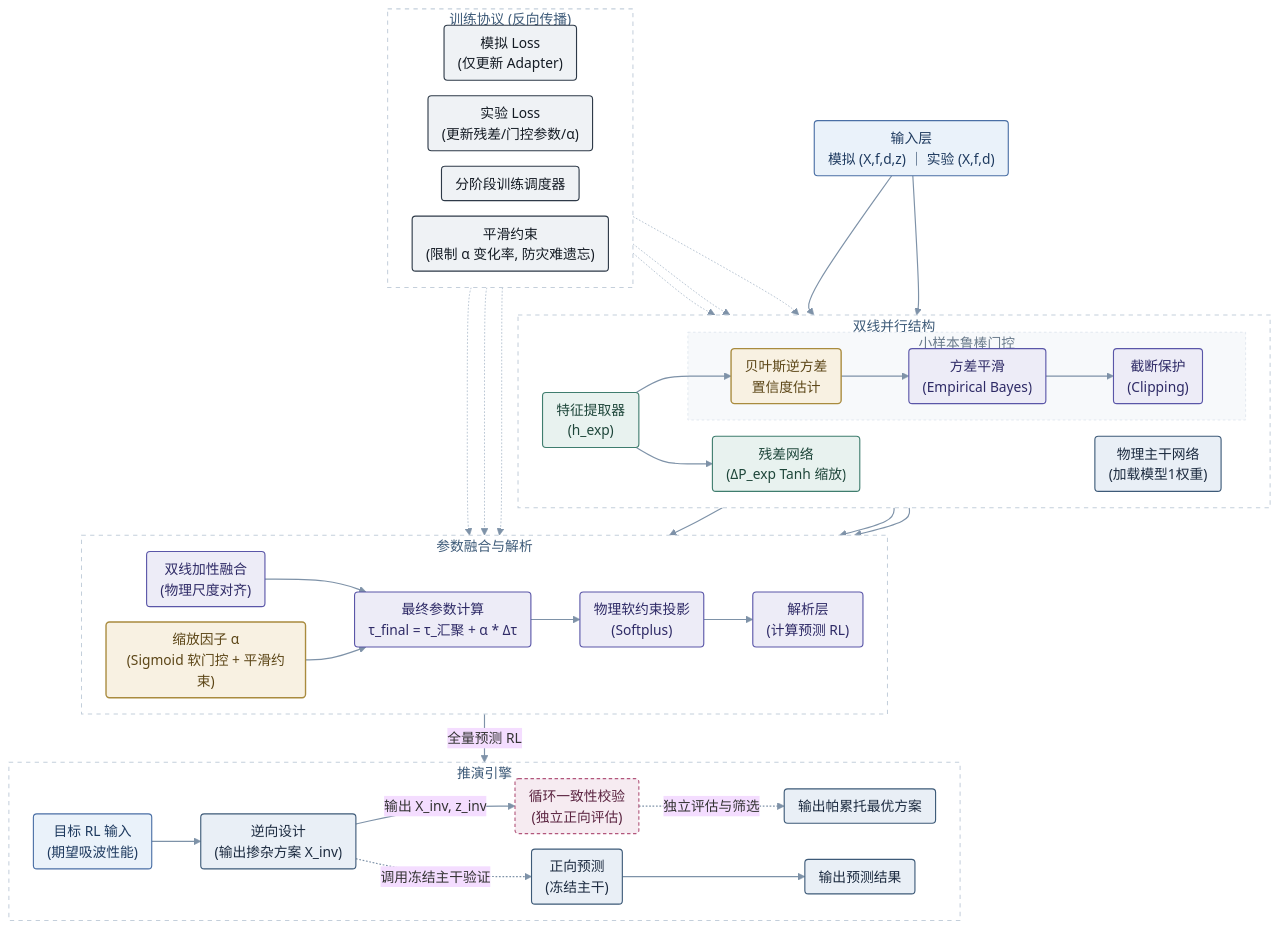
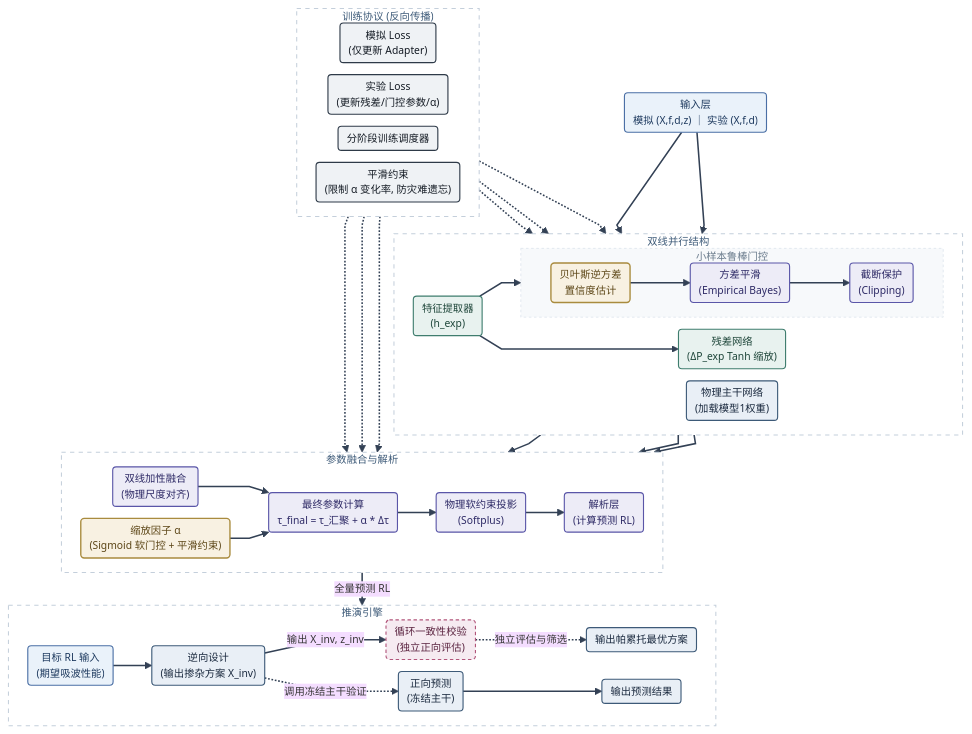
One commit to JasminePhy/iodraw-files changed the diagram in all/未命名.md. Above: the diagram before and after it, drawn with Mermaid.

Commit message:
2026-10-12 22:48:13 update

````diff
--- a/all/未命名.md
+++ b/all/未命名.md
@@ -1,8 +1,8 @@
 ```mermaid
-%%{init: {"theme":"base","flowchart":{"nodeSpacing":18,"rankSpacing":32,"padding":8,"curve":"basis","htmlLabels":true}} }%%
+%%{init: {"theme":"base","themeVariables":{"fontSize":"12px"},"flowchart":{"nodeSpacing":14,"rankSpacing":20,"padding":5,"curve":"linear","htmlLabels":true,"diagramPadding":4}} }%%
 %% Advanced Science 风格 · 四带紧凑版（含训练协议）
-%% 外层 TD 决定「带」的上下堆叠，每条带内部 direction LR 横向铺开。
-%% 宽度由最宽的一条带决定，不再随整条链增长。
+%% 紧凑三件套：fontSize 12px / padding 5 / nodeSpacing 14 + rankSpacing 20
+%% 线段：单一深色粗线，不做索引调色，避免 ioDraw 索引对不上反而刷错主线
 flowchart TD
 
     %% ===== 配色：冷色骨架承担数据通路，暖金标记门控，青绿标记实验支线 =====
@@ -25,6 +25,7 @@
         ExpRes["残差网络<br/>(ΔP_exp Tanh 缩放)"]:::expBox
 
         subgraph 门控模块 ["小样本鲁棒门控"]
+            direction LR
             BayesianGate["贝叶斯逆方差<br/>置信度估计"]:::routerBox
             Smoothing["方差平滑<br/>(Empirical Bayes)"]:::mathBox
             Clipping["截断保护<br/>(Clipping)"]:::mathBox
@@ -85,7 +86,7 @@
     SoftPhysProj --> Analytic
     Analytic -->|全量预测 RL| Forward
 
-    %% 训练虚线反馈（声明顺序固定在第 19-24 条，供文件末尾调浅使用）
+    %% 训练虚线反馈
     Scheduler -.-> Alpha
     SmoothConstraint -.-> Alpha
     LossSim -.-> SimTrunk
@@ -100,8 +101,6 @@
     style 推演引擎 fill:#FFFFFF,stroke:#C4CFDB,stroke-width:1.2px,stroke-dasharray:5 5,color:#3D5A78
     style 训练协议 fill:#FFFFFF,stroke:#C4CFDB,stroke-width:1.2px,stroke-dasharray:5 5,color:#3D5A78
 
-    %% ===== 连线样式：主线偏深，训练反馈线调浅 =====
-    linkStyle default stroke:#7E92A8,stroke-width:1.35px,fill:none;
-    %% 下一行只作用于第 19-24 条连线（训练反馈虚线）；若 ioDraw 索引对不上，删掉这行即可
-    linkStyle 19,20,21,22,23,24 stroke:#B9C5D3,stroke-width:1.1px;
+    %% ===== 连线样式：单一深色粗线，不做逐段调色 =====
+    linkStyle default stroke:#334155,stroke-width:1.8px,fill:none;
 ```
````
